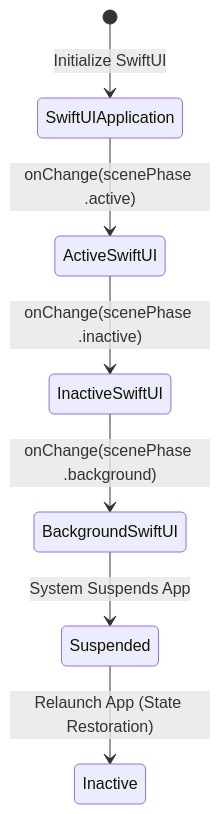
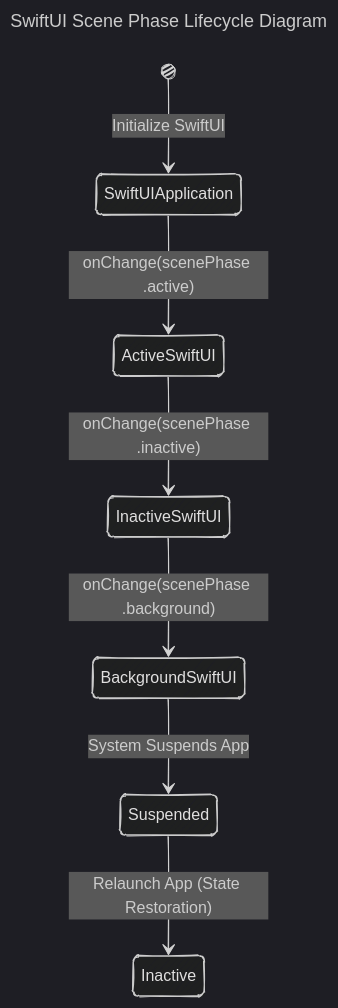
Before and after one commit to CongLeSolutionX/iOS-development-vault: the fourth of 6 diagrams in iOS_app_and_view_lifecycle/iOS_app_lifecycle_with_UIKit_and_SwiftUI.md, drawn with Mermaid. The commit also changed other lines of this file and 8 other files, not shown here.

````diff
--- a/iOS_app_and_view_lifecycle/iOS_app_lifecycle_with_UIKit_and_SwiftUI.md
+++ b/iOS_app_and_view_lifecycle/iOS_app_lifecycle_with_UIKit_and_SwiftUI.md
@@ -220,12 +239,18 @@
 ```mermaid
-%% SwiftUI Scene Phase Lifecycle Diagram
+---
+title: SwiftUI Scene Phase Lifecycle Diagram
+config:
+  layout: elk
+  look: handDrawn
+  theme: dark
+---
 stateDiagram-v2
     [*] --> SwiftUIApplication : Initialize SwiftUI
 
     SwiftUIApplication --> ActiveSwiftUI : onChange(scenePhase .active)
     ActiveSwiftUI --> InactiveSwiftUI : onChange(scenePhase .inactive)
     InactiveSwiftUI --> BackgroundSwiftUI : onChange(scenePhase .background)
     BackgroundSwiftUI --> Suspended : System Suspends App
 
     Suspended --> Inactive : Relaunch App (State Restoration)
 ```
````
